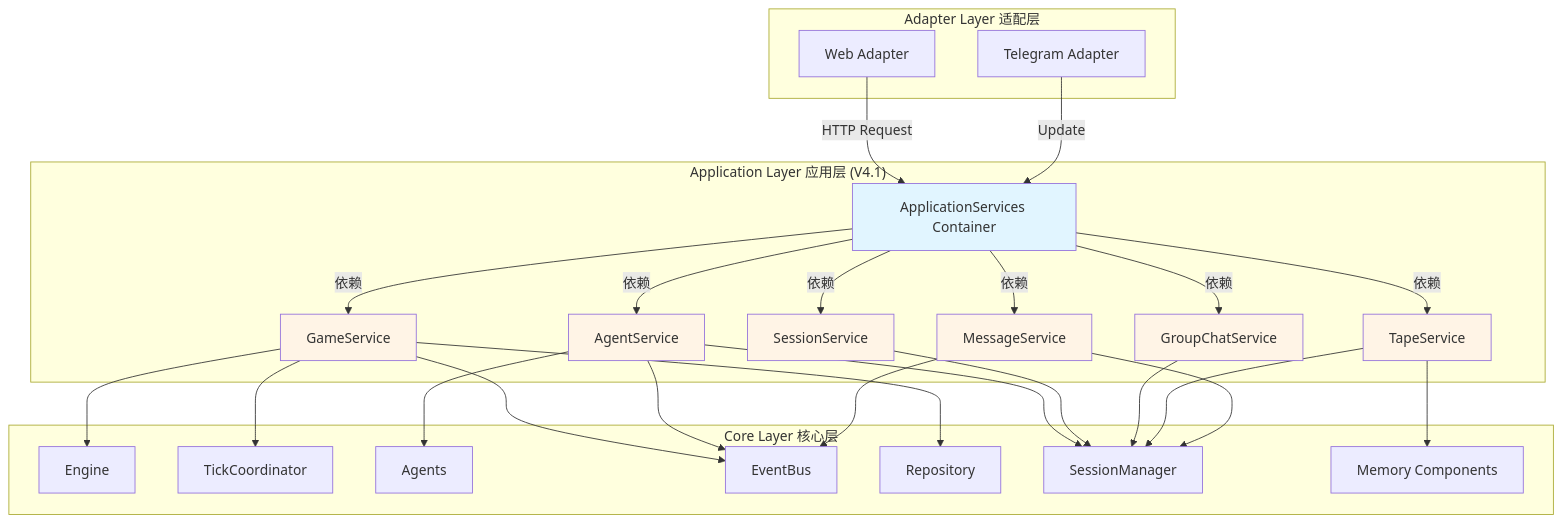
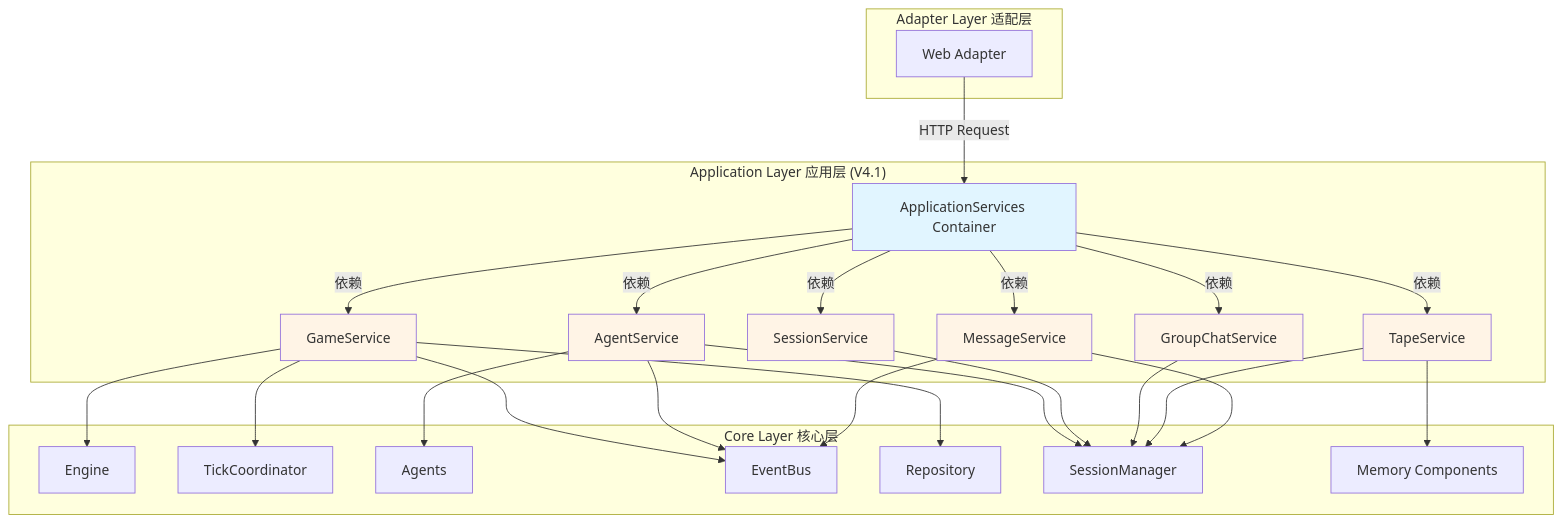
The first of 7 diagrams in src/simu_emperor/application/AGENTS.md (ykfnxx/simu-emperor), drawn with Mermaid before and after one commit. The commit also changed 6 other files, not shown here.

````diff
--- a/src/simu_emperor/application/AGENTS.md
+++ b/src/simu_emperor/application/AGENTS.md
@@ -16,62 +16,60 @@
 ```mermaid
 graph TB
     subgraph "Adapter Layer 适配层"
         WEB[Web Adapter]
-        TG[Telegram Adapter]
     end
 
     subgraph "Application Layer 应用层 (V4.1)"
         GameSvc[GameService]
         SessionSvc[SessionService]
         AgentSvc[AgentService]
         GroupChatSvc[GroupChatService]
         MessageSvc[MessageService]
         TapeSvc[TapeService]
         Services[ApplicationServices Container]
     end
 
     subgraph "Core Layer 核心层"
         Engine[Engine]
         TickCo[TickCoordinator]
         Agents[Agents]
         EventBus[EventBus]
         Repo[Repository]
         SessionMgr[SessionManager]
         Memory[Memory Components]
     end
 
     WEB -->|"HTTP Request"| Services
-    TG -->|"Update"| Services
 
     Services -->|"依赖"| GameSvc
     Services -->|"依赖"| SessionSvc
     Services -->|"依赖"| AgentSvc
     Services -->|"依赖"| GroupChatSvc
     Services -->|"依赖"| MessageSvc
     Services -->|"依赖"| TapeSvc
 
     GameSvc --> Engine
     GameSvc --> TickCo
     GameSvc --> EventBus
     GameSvc --> Repo
 
     AgentSvc --> Agents
     AgentSvc --> SessionMgr
     AgentSvc --> EventBus
 
     SessionSvc --> SessionMgr
     GroupChatSvc --> SessionMgr
     TapeSvc --> SessionMgr
     TapeSvc --> Memory
 
     MessageSvc --> EventBus
     MessageSvc --> SessionMgr
 
     style Services fill:#e1f5ff
     style GameSvc fill:#fff4e6
     style SessionSvc fill:#fff4e6
     style AgentSvc fill:#fff4e6
     style GroupChatSvc fill:#fff4e6
     style MessageSvc fill:#fff4e6
     style TapeSvc fill:#fff4e6
 ```
````
